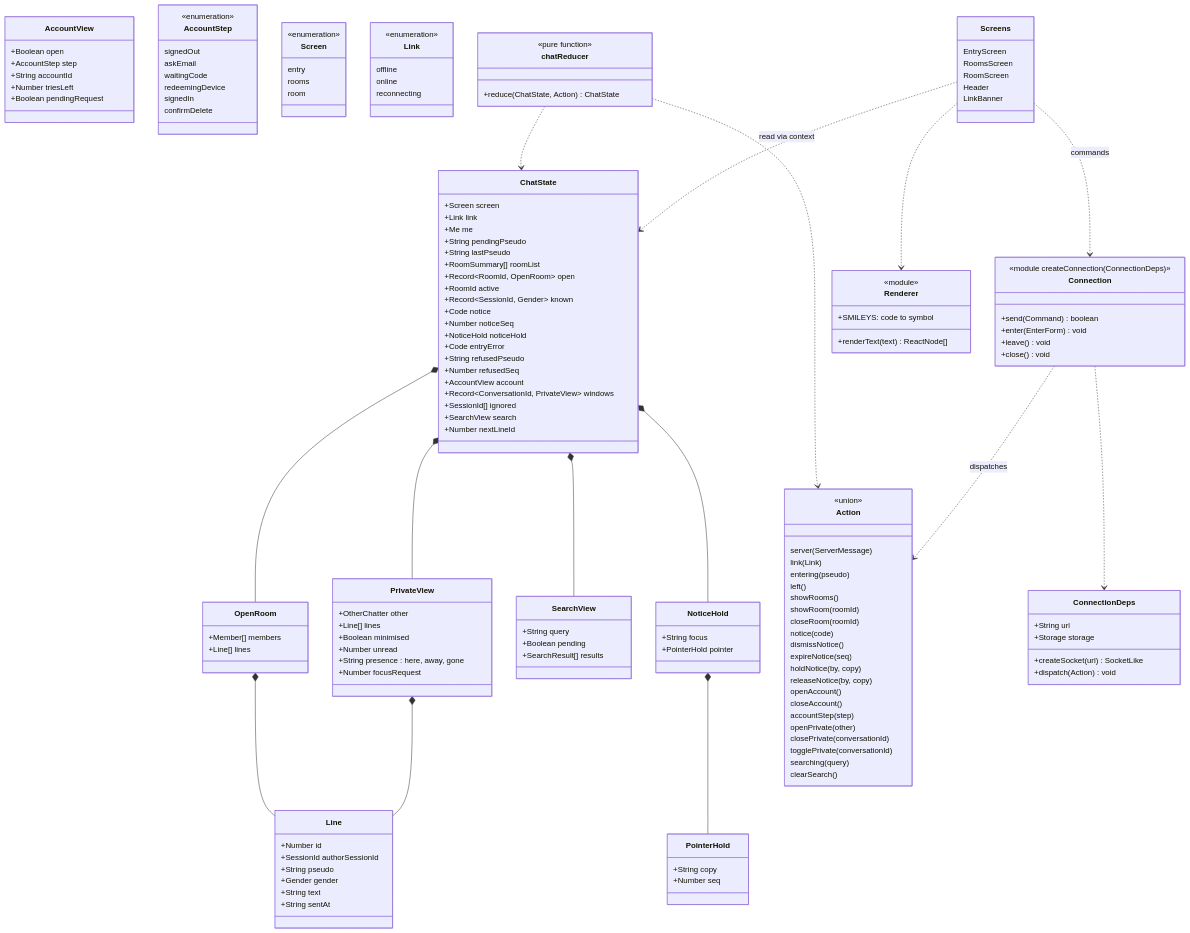
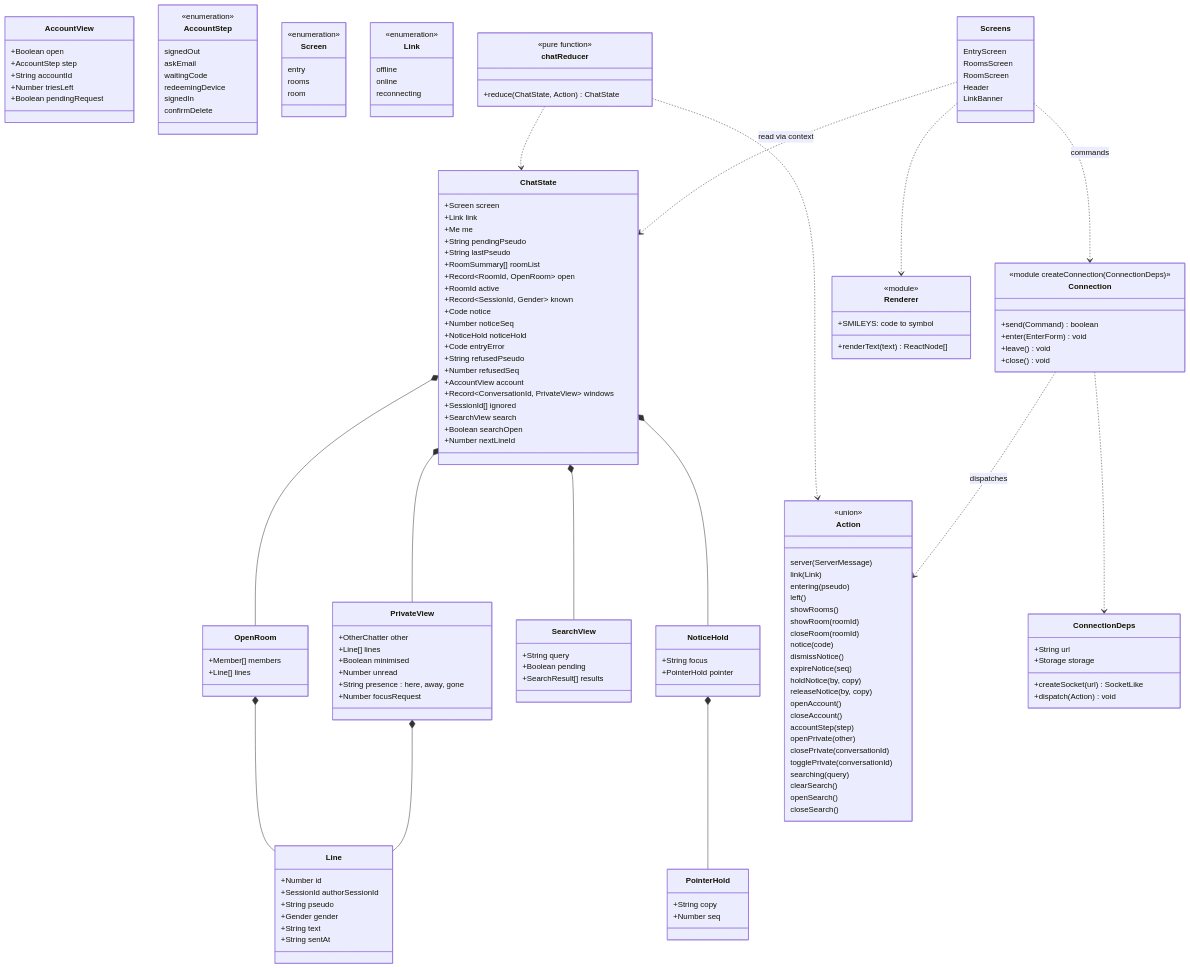
The diagram in docs/architecture/diagrams/web-ui/04-class-client-state.md (benoit-bremaud/asv), drawn with Mermaid before and after one commit. The commit also changed other lines of this file and 16 other files, not shown here.

First line of the commit message:
fix(web): render the notice once while the search dialog is open (#206)

```diff
--- a/docs/architecture/diagrams/web-ui/04-class-client-state.md
+++ b/docs/architecture/diagrams/web-ui/04-class-client-state.md
@@ -36,6 +36,7 @@
     +Record~ConversationId, PrivateView~ windows
     +SessionId[] ignored
     +SearchView search
+    +Boolean searchOpen
     +Number nextLineId
   }
   class PrivateView {
@@ -121,6 +122,8 @@
     togglePrivate(conversationId)
     searching(query)
     clearSearch()
+    openSearch()
+    closeSearch()
   }
   class chatReducer {
     <<pure function>>
```
